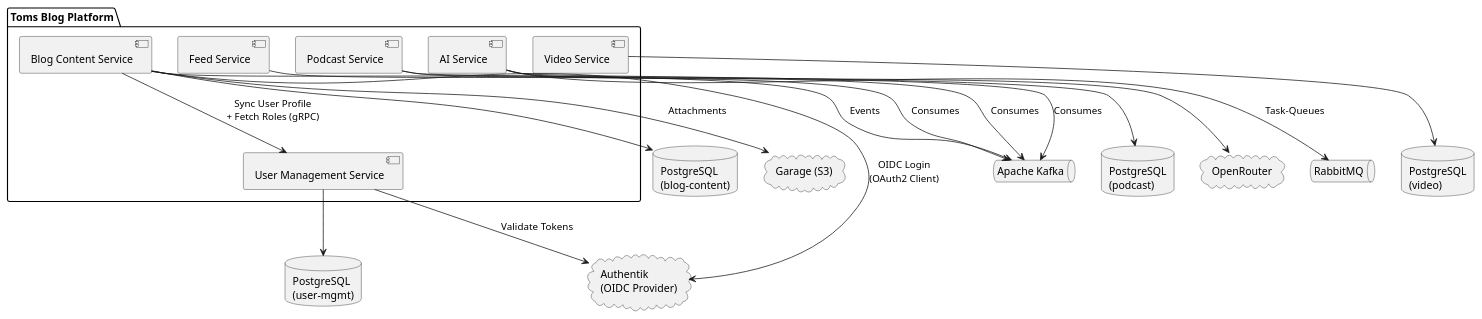
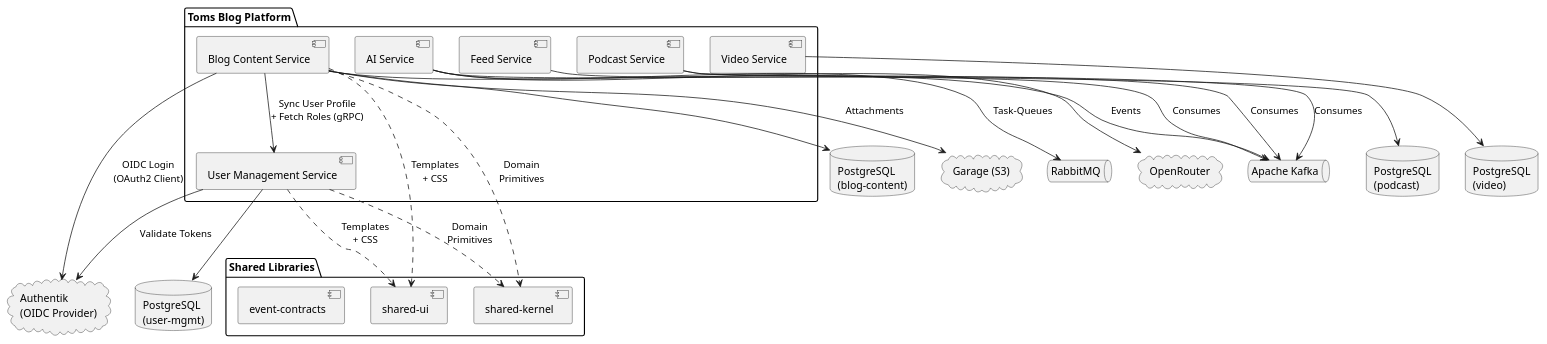
Before and after one commit to tomirgang/tomsblog: the diagram in docs/arc42/modules/ROOT/partials/plantuml/building-blocks-l1.puml, drawn with PlantUML. The commit also changed 35 other files, not shown here.

```diff
--- a/docs/arc42/modules/ROOT/partials/plantuml/building-blocks-l1.puml
+++ b/docs/arc42/modules/ROOT/partials/plantuml/building-blocks-l1.puml
@@ -1,35 +1,45 @@
 @startuml
 package "Toms Blog Platform" {
   [Blog Content Service] as blog
   [User Management Service] as usermgmt
   [Feed Service] as feed
   [AI Service] as ai
   [Podcast Service] as podcast
   [Video Service] as video
+}
+
+package "Shared Libraries" {
+  [shared-kernel] as kernel
+  [shared-ui] as sharedui
+  [event-contracts] as events
 }
 
 cloud "Authentik\n(OIDC Provider)" as authentik
 database "PostgreSQL\n(blog-content)" as db_blog
 database "PostgreSQL\n(user-mgmt)" as db_user
 database "PostgreSQL\n(podcast)" as db_podcast
 database "PostgreSQL\n(video)" as db_video
 queue "Apache Kafka" as kafka
 queue "RabbitMQ" as rabbitmq
 cloud "OpenRouter" as openrouter
 cloud "Garage (S3)" as s3
 
 blog --> db_blog
 blog --> authentik : OIDC Login\n(OAuth2 Client)
 blog --> usermgmt : Sync User Profile\n+ Fetch Roles (gRPC)
+blog ..> sharedui : Templates\n+ CSS
+blog ..> kernel : Domain\nPrimitives
 usermgmt --> db_user
 usermgmt --> authentik : Validate Tokens
+usermgmt ..> sharedui : Templates\n+ CSS
+usermgmt ..> kernel : Domain\nPrimitives
 blog --> kafka : Events
 blog --> s3 : Attachments
 feed --> kafka : Consumes
 ai --> kafka : Consumes
 ai --> rabbitmq : Task-Queues
 ai --> openrouter
 podcast --> kafka : Consumes
 podcast --> db_podcast
 video --> db_video
 @enduml
```
